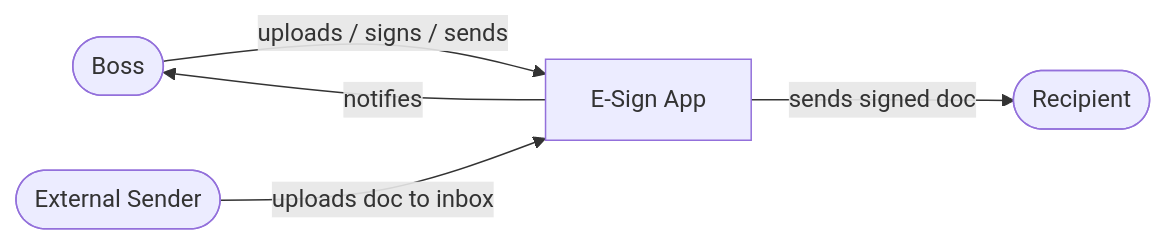
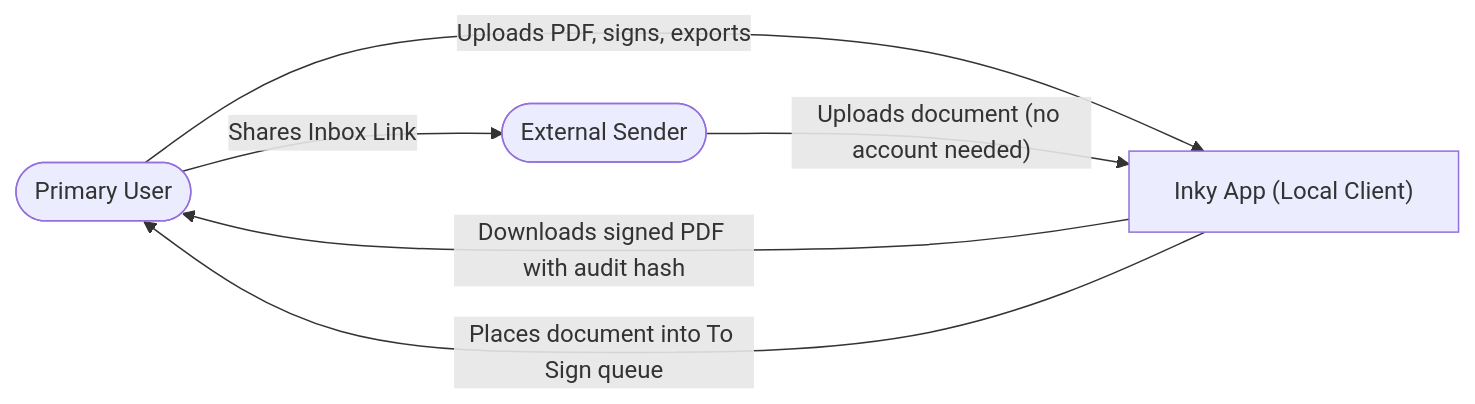
Before and after one commit to nyxieeee/Inky: the second of 4 diagrams in esign-app-plan.md, drawn with Mermaid. The commit also changed other lines of this file and 34 other files, not shown here.

````diff
--- a/esign-app-plan.md
+++ b/esign-app-plan.md
@@ -131,12 +136,12 @@
 ```mermaid
 flowchart LR
-    Boss(["Boss"])
-    Recipient(["Recipient"])
+    User(["Primary User"])
     Sender(["External Sender"])
-    App["E-Sign App"]
+    Inky["Inky App (Local Client)"]
 
-    Boss -- "uploads / signs / sends" --> App
-    App -- "sends signed doc" --> Recipient
-    Sender -- "uploads doc to inbox" --> App
-    App -- "notifies" --> Boss
+    User -- "Uploads PDF, signs, exports" --> Inky
+    Inky -- "Downloads signed PDF with audit hash" --> User
+    User -- "Shares Inbox Link" --> Sender
+    Sender -- "Uploads document (no account needed)" --> Inky
+    Inky -- "Places document into To Sign queue" --> User
 ```
````
